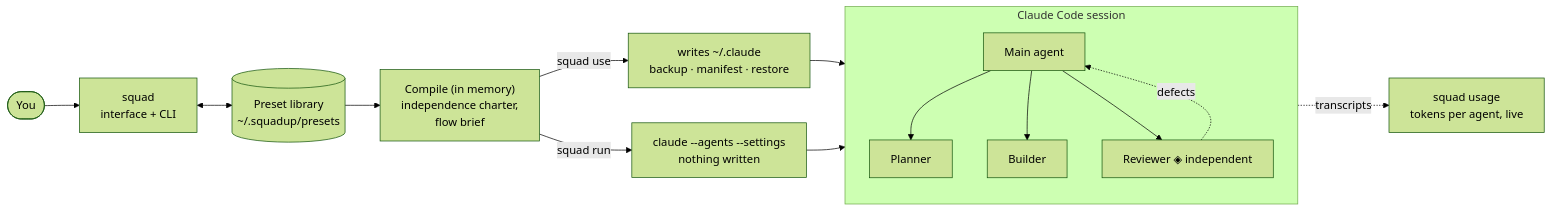
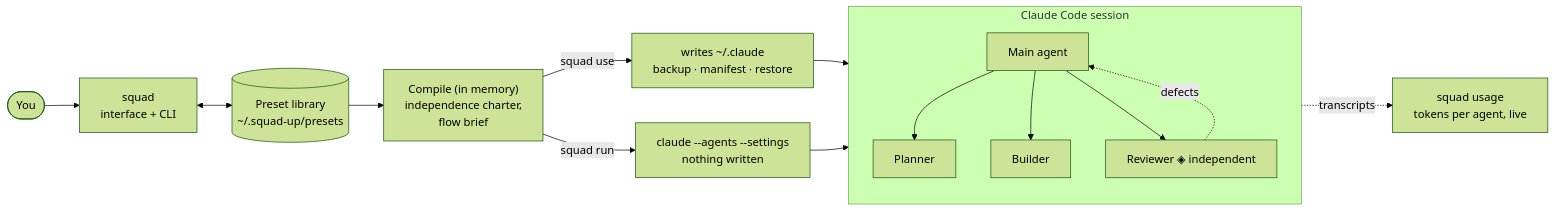
Before and after one commit to EdrenaVosh/squad-up: the diagram in README.md, drawn with Mermaid (forest theme). The commit also changed other lines of this file and 163 other files, not shown here.

Commit message:
Rename the project to squad-up; demo: new preset, then squad run in the shell

````diff
--- a/README.md
+++ b/README.md
@@ -138,17 +138,17 @@
 ```mermaid
 flowchart LR
     You([You]) --> Squad["squad<br/>interface + CLI"]
-    Squad <--> Library[("Preset library<br/>~/.squadup/presets")]
+    Squad <--> Library[("Preset library<br/>~/.squad-up/presets")]
     Library --> Compile["Compile (in memory)<br/>independence charter,<br/>flow brief"]
     Compile -->|squad use| Equip["writes ~/.claude<br/>backup · manifest · restore"]
     Compile -->|squad run| Run["claude --agents --settings<br/>nothing written"]
     Equip --> Session
     Run --> Session
     subgraph Session ["Claude Code session"]
       Main["Main agent"] --> Planner
       Main --> Builder
       Main --> Reviewer["Reviewer ◈ independent"]
       Reviewer -. defects .-> Main
     end
     Session -. transcripts .-> Usage["squad usage<br/>tokens per agent, live"]
 ```
````
